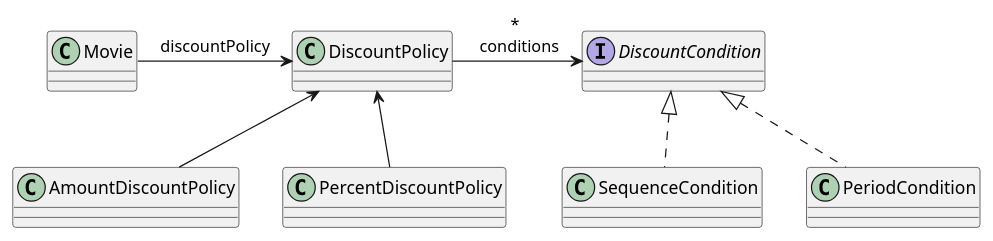
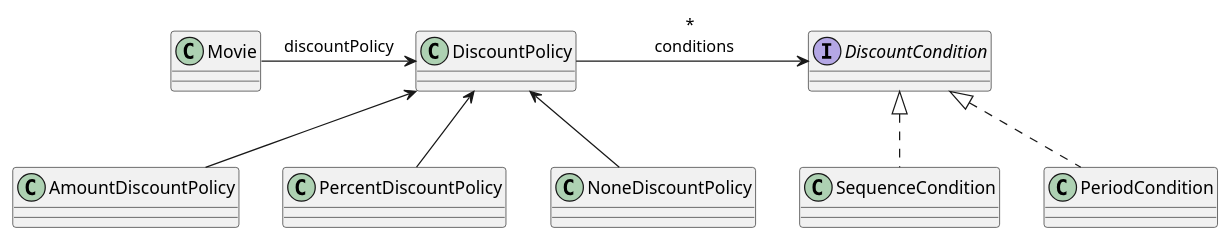
Before and after one commit to JungHo-1231/study-object: the diagram in src/main/resources/chapter02/movie_domain_03.puml, drawn with PlantUML. The commit also changed 5 other files, not shown here.

Commit message:
NoneDiscountPolicy의 개념적 혼란을 제거하라 - `DiscountPolicy`를 `DefaultDiscountPolicy`로 개명했습니다.     - `PercentDiscountPolicy`는 `DefaultDiscountPolicy`를 상속합니다.     - `AmountDiscountPolicy`는 `DefaultDiscountPolicy`를 상속합니다. - `DiscountPolicy` 인터페이스를 새로 추가했습니다.     - `NoneDiscountPolicy`는 `DiscountPolicy`를 구현합니다.

```diff
--- a/src/main/resources/chapter02/movie_domain_03.puml
+++ b/src/main/resources/chapter02/movie_domain_03.puml
@@ -1,19 +1,21 @@
 @startuml
 
 class "Movie" as m
 class "DiscountPolicy" as p
 interface "DiscountCondition" as c
 
 class SequenceCondition implements c
 class PeriodCondition implements c
 
 class "AmountDiscountPolicy" as ad
 class "PercentDiscountPolicy" as pd
+class "NoneDiscountPolicy" as nd
 
 m -> p :discountPolicy
 
 ad -up-> p
 pd -up-> p
+nd -up-> p
 
 p -right-> c : * \n conditions
 @enduml
```
